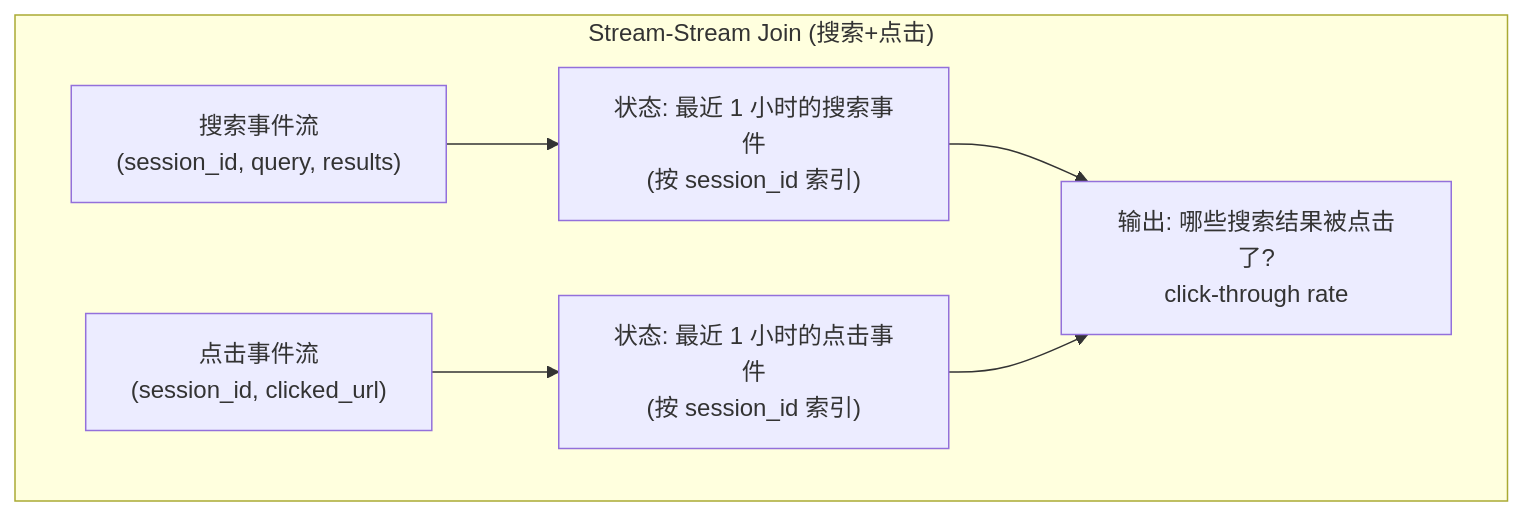
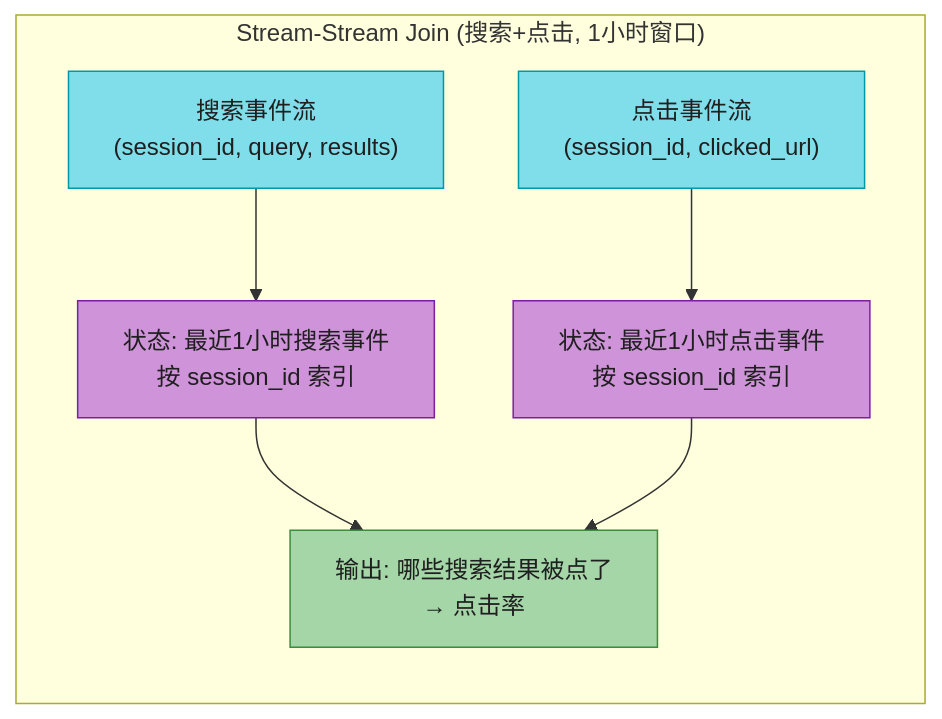
Diagram 15 of 20 in ch12-流处理.md (socoo123/ddia_2nd), drawn with Mermaid before and after one commit. The commit also changed other lines of this file and 5 other files, not shown here.

````diff
--- a/ch12-流处理.md
+++ b/ch12-流处理.md
@@ -264,15 +694,22 @@
 ```mermaid
-graph TD
-    subgraph SSJ["Stream-Stream Join (搜索+点击)"]
+flowchart LR
+    subgraph SSJ["Stream-Stream Join (搜索+点击, 1小时窗口)"]
+        direction TB
         SEARCH["搜索事件流<br/>(session_id, query, results)"]
         CLICK["点击事件流<br/>(session_id, clicked_url)"]
-        STATE_S["状态: 最近 1 小时的搜索事件<br/>(按 session_id 索引)"]
-        STATE_C["状态: 最近 1 小时的点击事件<br/>(按 session_id 索引)"]
-        OUTPUT["输出: 哪些搜索结果被点击了?<br/>click-through rate"]
+        ST_S["状态: 最近1小时搜索事件<br/>按 session_id 索引"]
+        ST_C["状态: 最近1小时点击事件<br/>按 session_id 索引"]
+        OUT["输出: 哪些搜索结果被点了<br/>→ 点击率"]
 
-        SEARCH --> STATE_S
-        CLICK --> STATE_C
-        STATE_S --> OUTPUT
-        STATE_C --> OUTPUT
+        SEARCH --> ST_S
+        CLICK --> ST_C
+        ST_S --> OUT
+        ST_C --> OUT
     end
+
+    style SEARCH fill:#80DEEA,stroke:#0097A7,color:#1f1f1f
+    style CLICK fill:#80DEEA,stroke:#0097A7,color:#1f1f1f
+    style ST_S fill:#CE93D8,stroke:#7B1FA2,color:#1f1f1f
+    style ST_C fill:#CE93D8,stroke:#7B1FA2,color:#1f1f1f
+    style OUT fill:#A5D6A7,stroke:#388E3C,color:#1f1f1f
 ```
````
